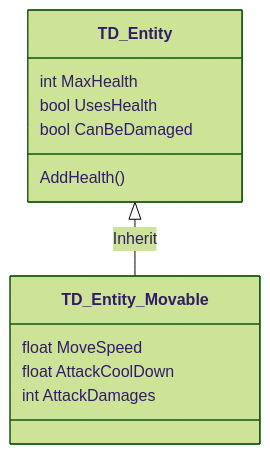
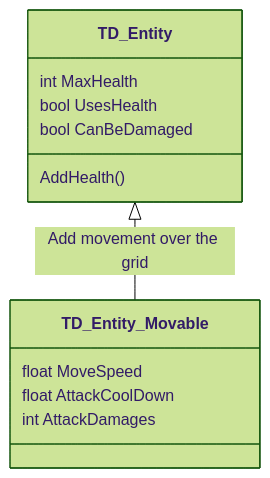
One commit to l0th3r/TD-Template changed the diagram in ClassesCharts.md. Above: the diagram before and after it, drawn with Mermaid (forest theme).

````diff
--- a/ClassesCharts.md
+++ b/ClassesCharts.md
@@ -3,15 +3,15 @@
 ```mermaid
  classDiagram
-      TD_Entity <|-- TD_Entity_Movable : Inherit
+      TD_Entity <|-- TD_Entity_Movable : Add movement over the grid
  
       class TD_Entity
         TD_Entity: int MaxHealth
         TD_Entity: bool UsesHealth
         TD_Entity: bool CanBeDamaged
         TD_Entity: AddHealth()
       
       class TD_Entity_Movable
         TD_Entity_Movable: float MoveSpeed
         TD_Entity_Movable: float AttackCoolDown
         TD_Entity_Movable: int AttackDamages
 ```
````
